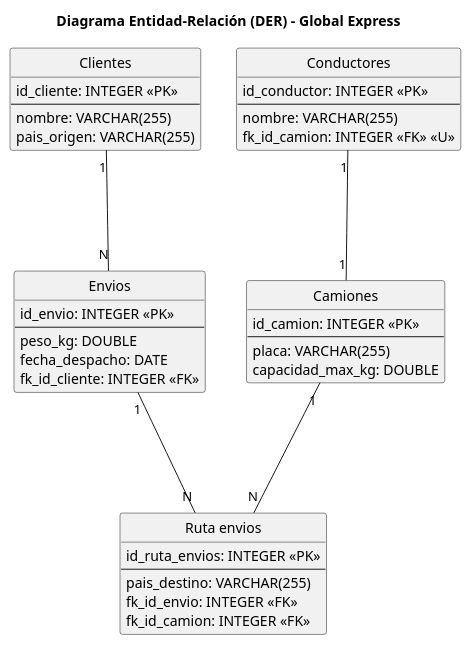
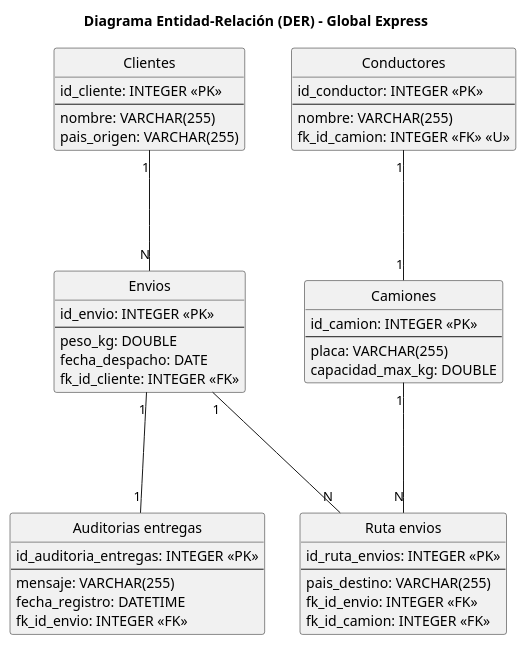
Before and after one commit to adjgc/Database: the diagram in global_express/global_express.wsd, drawn with PlantUML.

Commit message:
docs: Actualiza codigo fuente de diagrama entidad-relacion

```diff
--- a/global_express/global_express.wsd
+++ b/global_express/global_express.wsd
@@ -1,59 +1,72 @@
 @startuml GLOBAL_EXPRESS
 
 title "Diagrama Entidad-Relación (DER) - Global Express"
 hide circle
 
 entity "Clientes" as clientes {
     id_cliente: INTEGER <<PK>>
     ---
     nombre: VARCHAR(255)
     pais_origen: VARCHAR(255)
 }
 
 entity "Envios" as envios {
     id_envio: INTEGER <<PK>>
     ---
     peso_kg: DOUBLE
     fecha_despacho: DATE
     fk_id_cliente: INTEGER <<FK>>
 }
 
 entity "Camiones" as camiones {
     id_camion: INTEGER <<PK>>
     ---
     placa: VARCHAR(255)
     capacidad_max_kg: DOUBLE
 }
 
 entity "Conductores" as conductores {
     id_conductor: INTEGER <<PK>>
     ---
     nombre: VARCHAR(255)
     fk_id_camion: INTEGER <<FK>> <<U>>
 }
 
 entity "Ruta envios" as ruta_envios {
     id_ruta_envios: INTEGER <<PK>>
     ---
     pais_destino: VARCHAR(255)
     fk_id_envio: INTEGER <<FK>>
     fk_id_camion: INTEGER <<FK>>
 }
 
+entity "Auditorias entregas" as auditorias_entregas {
+    id_auditoria_entregas: INTEGER <<PK>>
+    ---
+    mensaje: VARCHAR(255)
+    fecha_registro: DATETIME
+    fk_id_envio: INTEGER <<FK>>
+}
+
 'Un cliente solicita muchos envios 1:N
 'Un envio es solicitado por un cliente 1:1
 '-> 1:N
 clientes "1" --- "N" envios
 
 'Un conductor maneja un camion 1:1
 'Un camion es manejado por un conductor 1:1
 '-> 1:1
 conductores "1" --- "1" camiones
 
 'Un camion realiza muchos envios 1:N
 'Un envio puede ser realizado por muchos camiones 1:N
 '-> N:N
 camiones "1" --- "N" ruta_envios
 envios "1" --- "N" ruta_envios
 
+'Un envio tiene una auditoria 1:1
+'Una auditoria se realiza sobre un envio 1:1
+'-> 1:1
+envios "1" --- "1" auditorias_entregas
+
 @enduml
```
